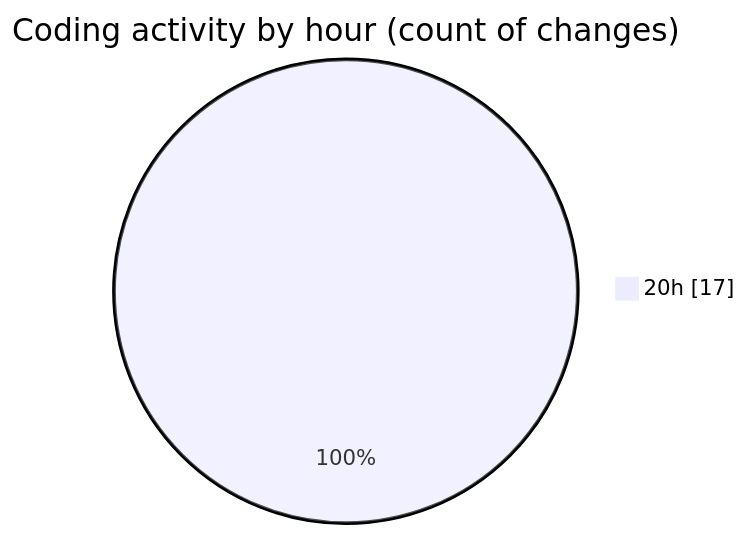
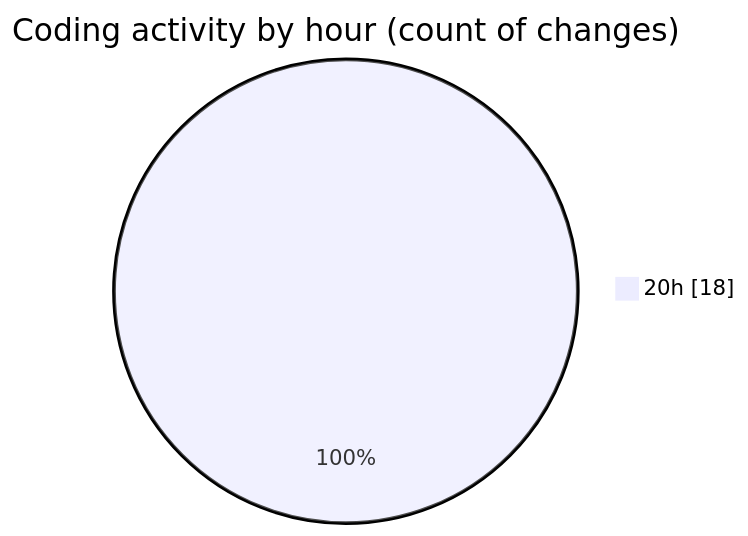
The second of 2 diagrams in 2025-05-25/bookingpodcas/README.md (idhammustaqopulfikri/code-tracking), drawn with Mermaid before and after one commit. The commit also changed other lines of this file and 1 other file, not shown here.

````diff
--- a/2025-05-25/bookingpodcas/README.md
+++ b/2025-05-25/bookingpodcas/README.md
@@ -39,5 +40,5 @@
 ```mermaid
 pie showData
 title Coding activity by hour (count of changes)
-"20h" : 17
+"20h" : 18
 ```
````
